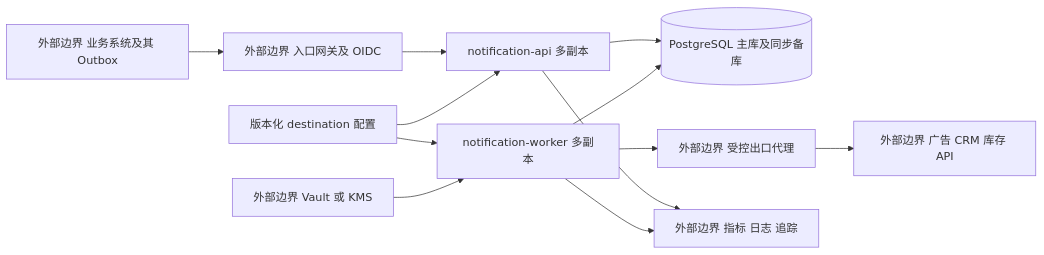
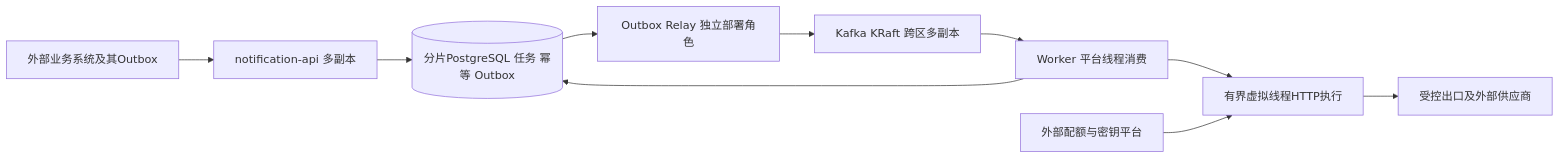
One commit to xiedeacc/rc_bill changed the first of 3 diagrams in docs/system-design.md. Above: the diagram before and after it, drawn with Mermaid. The commit also changed other lines of this file and 3 other files, not shown here.

````diff
--- a/docs/system-design.md
+++ b/docs/system-design.md
@@ -59,14 +59,12 @@
 ```mermaid
 flowchart LR
-    B[外部边界 业务系统及其 Outbox] --> G[外部边界 入口网关及 OIDC]
-    G --> A[notification-api 多副本]
-    A --> D[(PostgreSQL 主库及同步备库)]
-    W[notification-worker 多副本] --> D
-    W --> E[外部边界 受控出口代理]
-    E --> V[外部边界 广告 CRM 库存 API]
-    C[版本化 destination 配置] --> A
-    C --> W
-    S[外部边界 Vault 或 KMS] --> W
-    A --> O[外部边界 指标 日志 追踪]
-    W --> O
+    B[外部业务系统及其Outbox] --> A[notification-api 多副本]
+    A --> D[(分片PostgreSQL 任务 幂等 Outbox)]
+    D --> R[Outbox Relay 独立部署角色]
+    R --> K[Kafka KRaft 跨区多副本]
+    K --> W[Worker 平台线程消费]
+    W --> D
+    W --> V[有界虚拟线程HTTP执行]
+    V --> E[受控出口及外部供应商]
+    Q[外部配额与密钥平台] --> V
 ```
````
